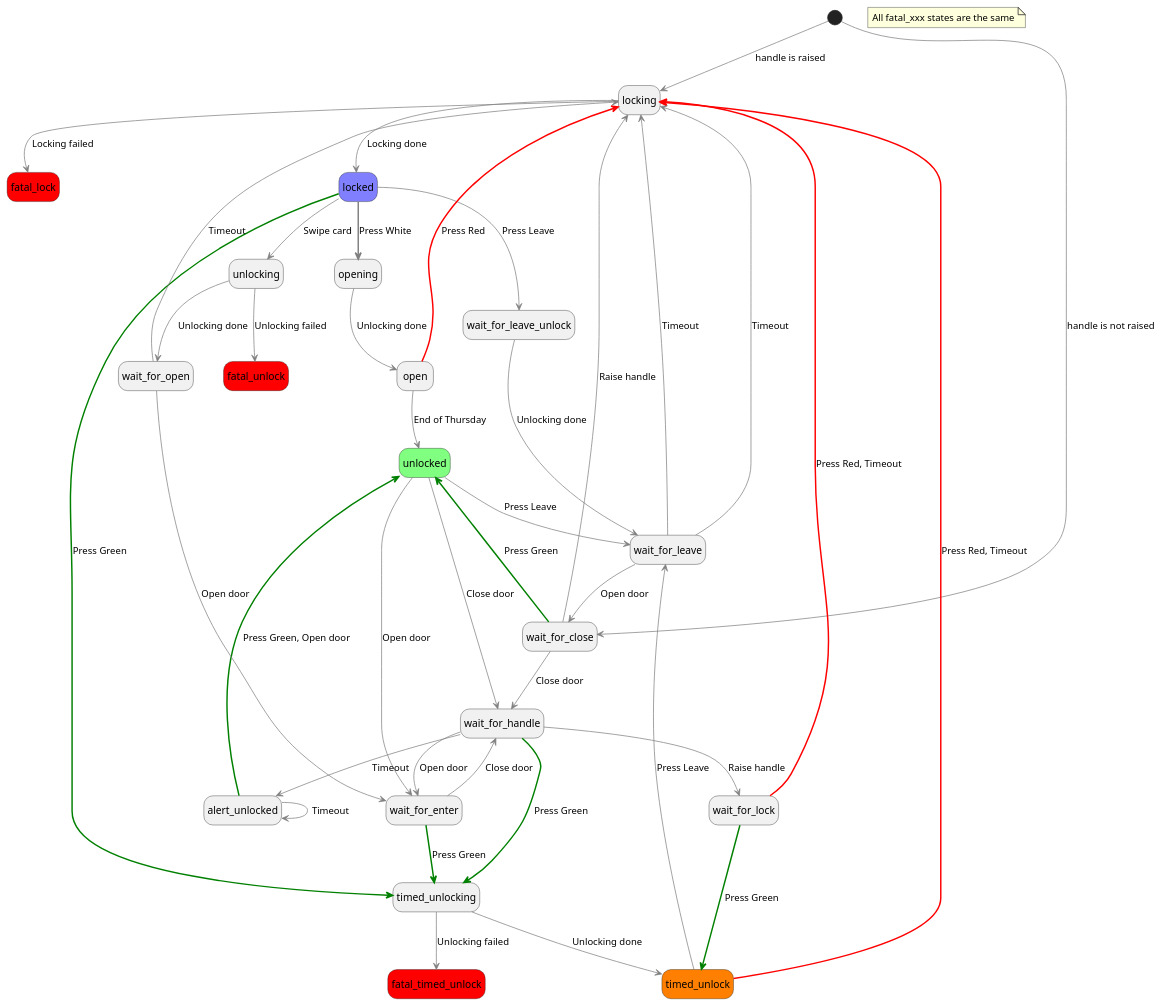
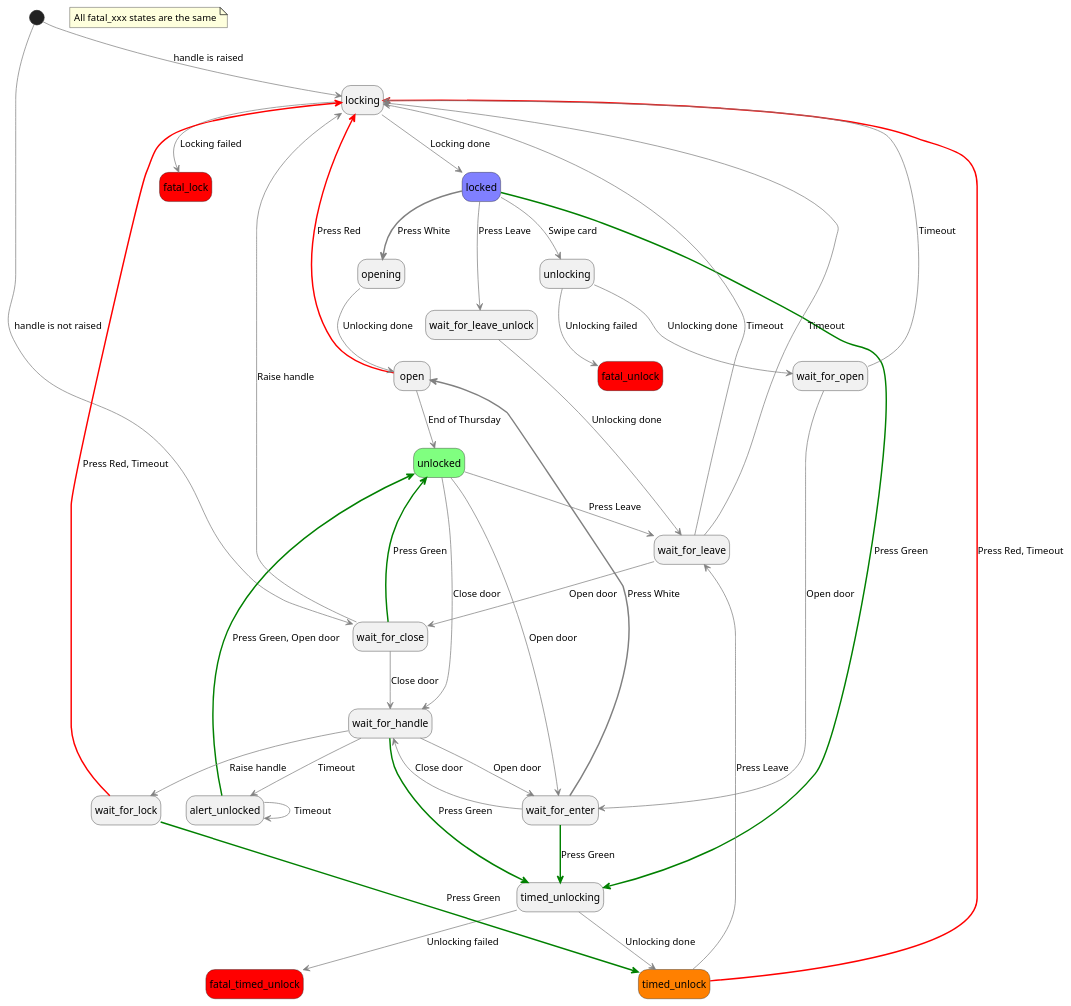
One commit to bullestock/acsv2 changed the diagram in ui/states.plantuml. Above: the diagram before and after it, drawn with PlantUML. The commit also changed 2 other files, not shown here.

```diff
--- a/ui/states.plantuml
+++ b/ui/states.plantuml
@@ -1,61 +1,62 @@
 @startuml
 hide empty description
 
 <style>
 stateDiagram {
   arrow {
     LineColor Gray
   }
 }
 </style>
 
 state fatal_lock #ff0000
 state fatal_unlock #ff0000
 state fatal_timed_unlock #ff0000
 
 note "All fatal_xxx states are the same" as fatal_note
 
 state locked #8080ff
 state unlocked #80ff80
 state timed_unlock #ff8000
 
 [*] --> locking: handle is raised
 [*] --> wait_for_close: handle is not raised
 alert_unlocked --> alert_unlocked: Timeout
 alert_unlocked -[#green,bold]-> unlocked: Press Green, Open door
 locked -[#gray,bold]-> opening: Press White
 locked -[#green,bold]-> timed_unlocking: Press Green
 locked --> unlocking: Swipe card
 locked --> wait_for_leave_unlock: Press Leave
 locking --> fatal_lock: Locking failed
 locking --> locked: Locking done
 open -[#red,bold]-> locking: Press Red
 open --> unlocked: End of Thursday
 opening --> open: Unlocking done
 timed_unlock -[#red,bold]-> locking: Press Red, Timeout
 timed_unlock --> wait_for_leave: Press Leave
 timed_unlocking --> fatal_timed_unlock: Unlocking failed
 timed_unlocking --> timed_unlock: Unlocking done
 unlocked --> wait_for_enter: Open door
 unlocked --> wait_for_handle: Close door
 unlocked --> wait_for_leave: Press Leave
 unlocking --> fatal_unlock: Unlocking failed
 unlocking --> wait_for_open: Unlocking done
 wait_for_close --> locking: Raise handle
 wait_for_close -[#green,bold]-> unlocked: Press Green
 wait_for_close --> wait_for_handle: Close door
 wait_for_enter -[#green,bold]-> timed_unlocking: Press Green
+wait_for_enter -[#grey,bold]-> open: Press White
 wait_for_enter --> wait_for_handle: Close door
 wait_for_handle --> alert_unlocked: Timeout
 wait_for_handle -[#green,bold]-> timed_unlocking: Press Green
 wait_for_handle --> wait_for_enter: Open door
 wait_for_handle --> wait_for_lock: Raise handle
 wait_for_leave --> locking: Timeout
 wait_for_leave --> wait_for_close: Open door
 wait_for_leave --> locking: Timeout
 wait_for_leave_unlock --> wait_for_leave: Unlocking done
 wait_for_lock -[#red,bold]-> locking: Press Red, Timeout
 wait_for_lock -[#green,bold]-> timed_unlock: Press Green
 wait_for_open --> locking: Timeout
 wait_for_open --> wait_for_enter: Open door
 @enduml
```
